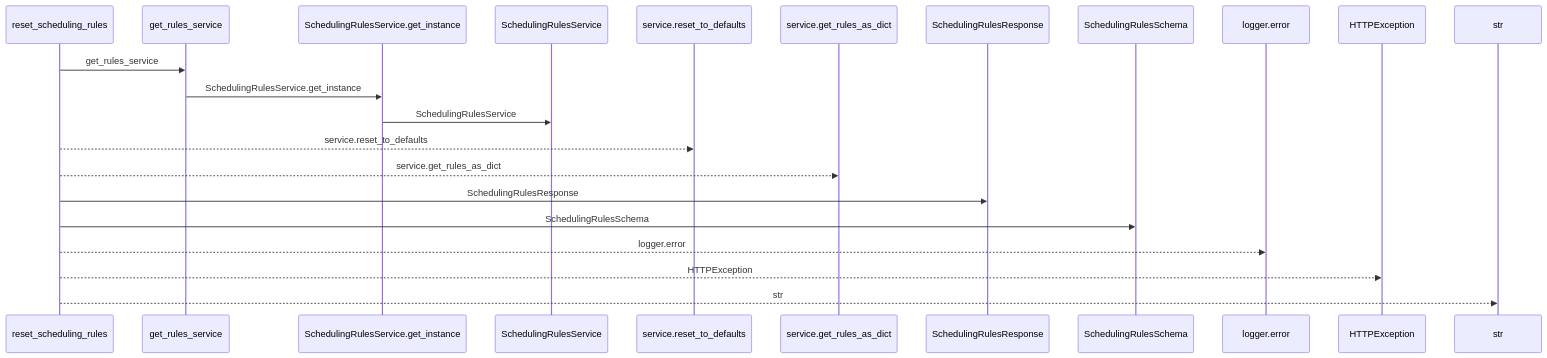
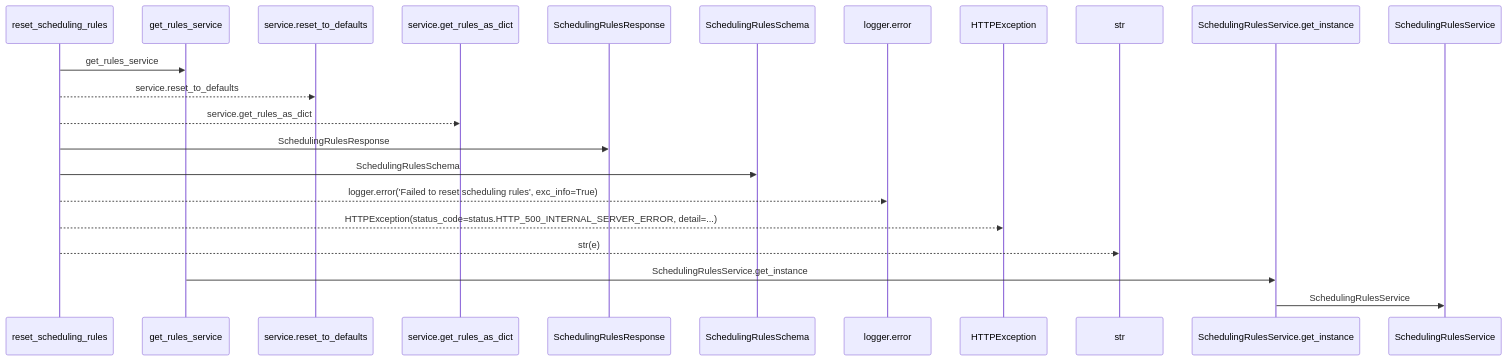
One commit to Denissvgn/WorkChord changed the first of 2 diagrams in docs/llm_wiki/flows/http-reset_scheduling_rules.md. Above: the diagram before and after it, drawn with Mermaid. The commit also changed other lines of this file and 25171 other files, not shown here.

````diff
--- a/docs/llm_wiki/flows/http-reset_scheduling_rules.md
+++ b/docs/llm_wiki/flows/http-reset_scheduling_rules.md
@@ -10,24 +12,24 @@
 ```mermaid
 sequenceDiagram
     participant p0 as reset_scheduling_rules
     participant p1 as get_rules_service
-    participant p2 as SchedulingRulesService.get_instance
-    participant p3 as SchedulingRulesService
-    participant p4 as service.reset_to_defaults
-    participant p5 as service.get_rules_as_dict
-    participant p6 as SchedulingRulesResponse
-    participant p7 as SchedulingRulesSchema
-    participant p8 as logger.error
-    participant p9 as HTTPException
-    participant p10 as str
+    participant p2 as service.reset_to_defaults
+    participant p3 as service.get_rules_as_dict
+    participant p4 as SchedulingRulesResponse
+    participant p5 as SchedulingRulesSchema
+    participant p6 as logger.error
+    participant p7 as HTTPException
+    participant p8 as str
+    participant p9 as SchedulingRulesService.get_instance
+    participant p10 as SchedulingRulesService
     p0->>p1: get_rules_service
-    p1->>p2: SchedulingRulesService.get_instance
-    p2->>p3: SchedulingRulesService
-    p0-->>p4: service.reset_to_defaults
-    p0-->>p5: service.get_rules_as_dict
-    p0->>p6: SchedulingRulesResponse
-    p0->>p7: SchedulingRulesSchema
-    p0-->>p8: logger.error
-    p0-->>p9: HTTPException
-    p0-->>p10: str
+    p0-->>p2: service.reset_to_defaults
+    p0-->>p3: service.get_rules_as_dict
+    p0->>p4: SchedulingRulesResponse
+    p0->>p5: SchedulingRulesSchema
+    p0-->>p6: logger.error('Failed to reset scheduling rules', exc_info=True)
+    p0-->>p7: HTTPException(status_code=status.HTTP_500_INTERNAL_SERVER_ERROR, detail=...)
+    p0-->>p8: str(e)
+    p1->>p9: SchedulingRulesService.get_instance
+    p9->>p10: SchedulingRulesService
 ```
````
